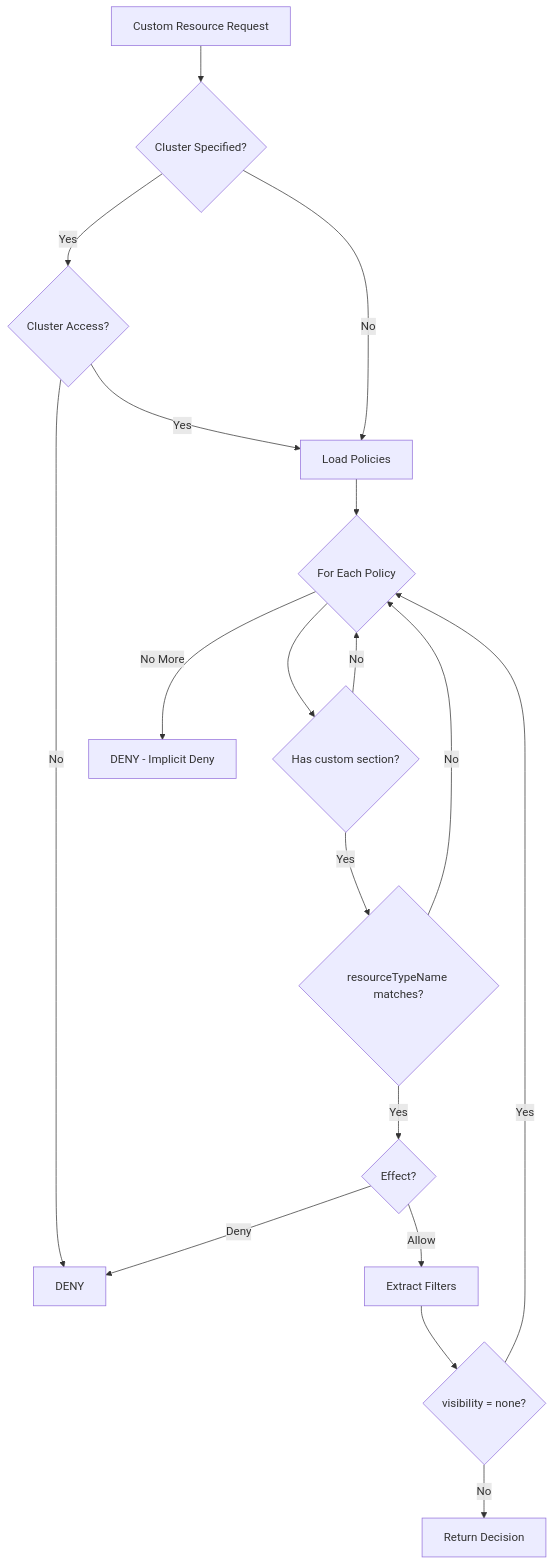
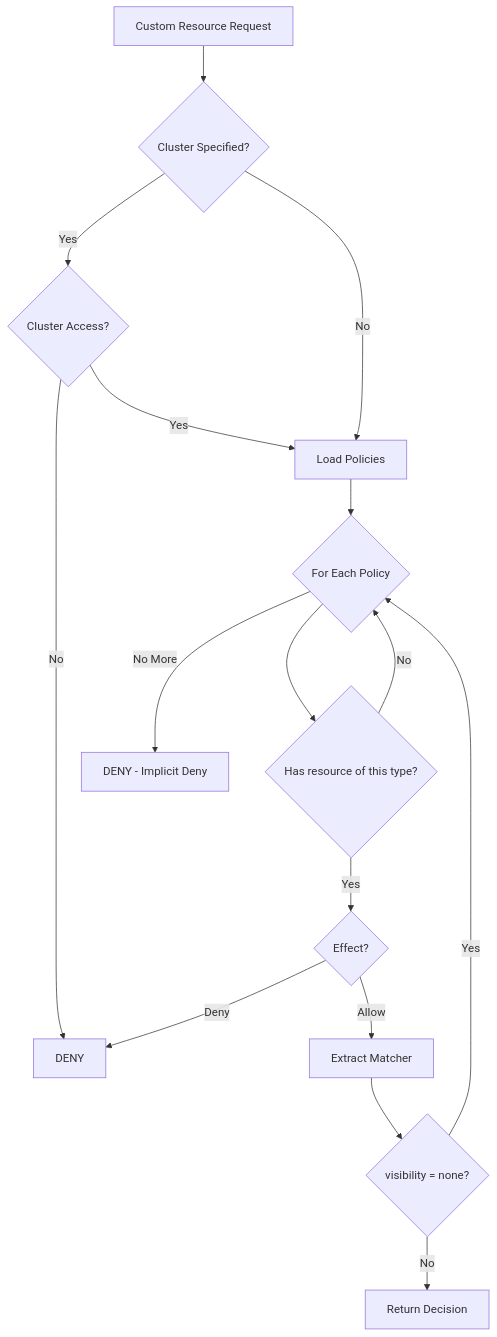
One commit to ClusterPulse/clusterpulse changed the fourth of 7 diagrams in docs/concepts/policy-evaluation.md. Above: the diagram before and after it, drawn with Mermaid. The commit also changed other lines of this file and 15 other files, not shown here.

````diff
--- a/docs/concepts/policy-evaluation.md
+++ b/docs/concepts/policy-evaluation.md
@@ -214,20 +214,18 @@
 ```mermaid
 flowchart TD
     A[Custom Resource Request] --> B{Cluster Specified?}
     B -->|Yes| C{Cluster Access?}
     C -->|No| D[DENY]
     C -->|Yes| E[Load Policies]
     B -->|No| E
     E --> F{For Each Policy}
-    F --> G{Has custom section?}
+    F --> G{Has resource of this type?}
     G -->|No| F
-    G -->|Yes| H{resourceTypeName matches?}
-    H -->|No| F
-    H -->|Yes| I{Effect?}
-    I -->|Deny| D
-    I -->|Allow| J[Extract Filters]
-    J --> K{visibility = none?}
-    K -->|Yes| F
-    K -->|No| L[Return Decision]
-    F -->|No More| M[DENY - Implicit Deny]
+    G -->|Yes| H{Effect?}
+    H -->|Deny| D
+    H -->|Allow| I[Extract Matcher]
+    I --> J{visibility = none?}
+    J -->|Yes| F
+    J -->|No| K[Return Decision]
+    F -->|No More| L[DENY - Implicit Deny]
 ```
````
